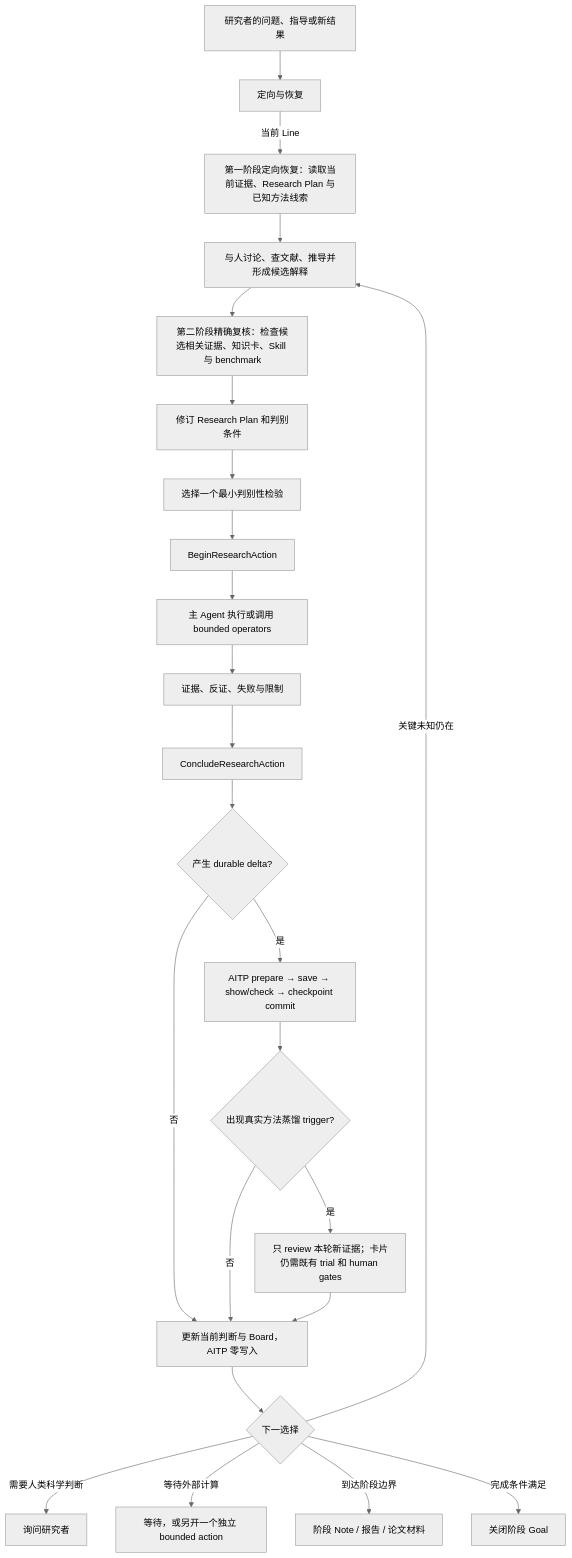
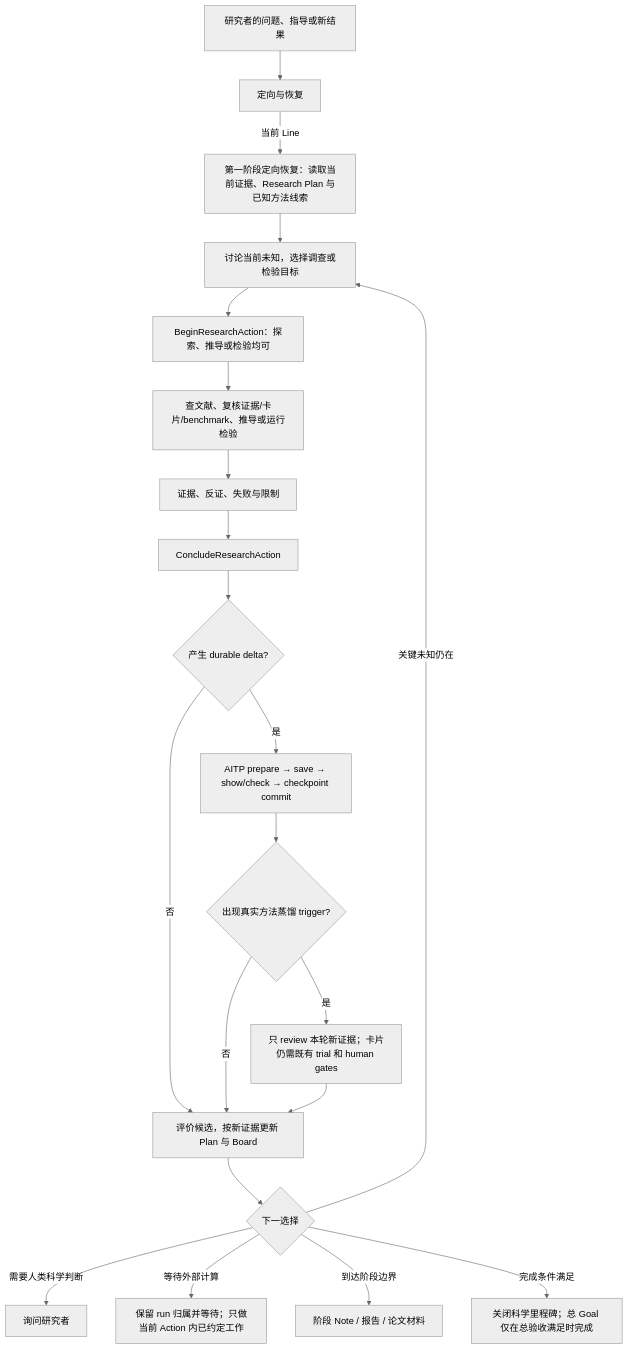
The first of 4 diagrams in docs/aitp/theory-physics-collaborator-program.md (bhjia-phys/Hakimi), drawn with Mermaid (neutral theme) before and after one commit. The commit also changed other lines of this file and 166 other files, not shown here.

````diff
--- a/docs/aitp/theory-physics-collaborator-program.md
+++ b/docs/aitp/theory-physics-collaborator-program.md
@@ -53,26 +55,23 @@
 ```mermaid
 flowchart TD
   U[研究者的问题、指导或新结果] --> O[定向与恢复]
   O -->|当前 Line| K1[第一阶段定向恢复：读取当前证据、Research Plan 与已知方法线索]
-  K1 --> H[与人讨论、查文献、推导并形成候选解释]
-  H --> K2[第二阶段精确复核：检查候选相关证据、知识卡、Skill 与 benchmark]
-  K2 --> R[修订 Research Plan 和判别条件]
-  R --> T[选择一个最小判别性检验]
-  T --> B[BeginResearchAction]
-  B --> X[主 Agent 执行或调用 bounded operators]
+  K1 --> H[讨论当前未知，选择调查或检验目标]
+  H --> B[BeginResearchAction：探索、推导或检验均可]
+  B --> X[查文献、复核证据/卡片/benchmark、推导或运行检验]
   X --> E[证据、反证、失败与限制]
   E --> C[ConcludeResearchAction]
   C --> D{产生 durable delta?}
-  D -->|否| N[更新当前判断与 Board，AITP 零写入]
+  D -->|否| N[评价候选，按新证据更新 Plan 与 Board]
   D -->|是| P[AITP prepare → save → show/check → checkpoint commit]
   P --> M{出现真实方法蒸馏 trigger?}
   M -->|否| N
   M -->|是| V[只 review 本轮新证据；卡片仍需既有 trial 和 human gates]
   V --> N
   N --> S{下一选择}
   S -->|关键未知仍在| H
   S -->|需要人类科学判断| A[询问研究者]
-  S -->|等待外部计算| W[等待，或另开一个独立 bounded action]
+  S -->|等待外部计算| W[保留 run 归属并等待；只做当前 Action 内已约定工作]
   S -->|到达阶段边界| Z[阶段 Note / 报告 / 论文材料]
-  S -->|完成条件满足| F[关闭阶段 Goal]
+  S -->|完成条件满足| F[关闭科学里程碑；总 Goal 仅在总验收满足时完成]
 ```
````
